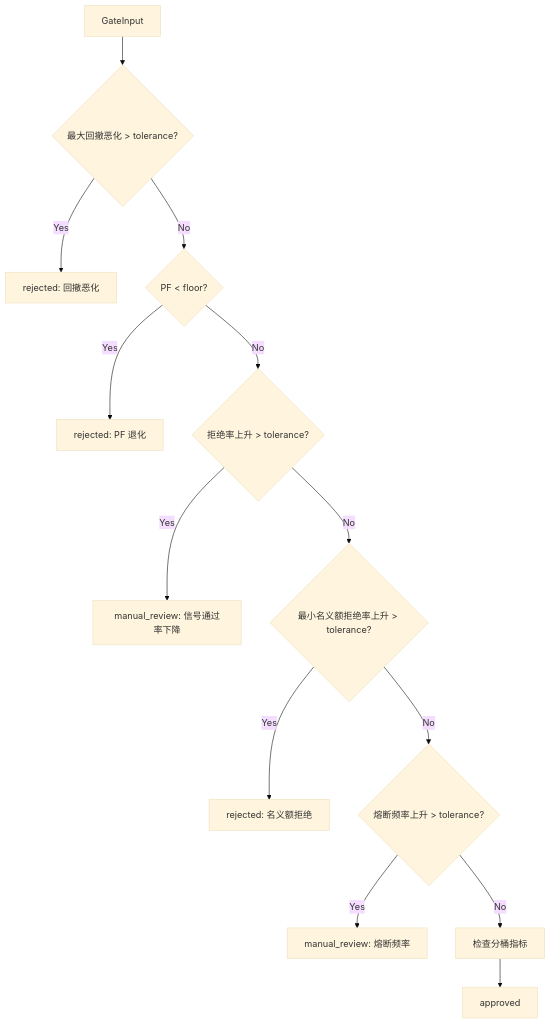
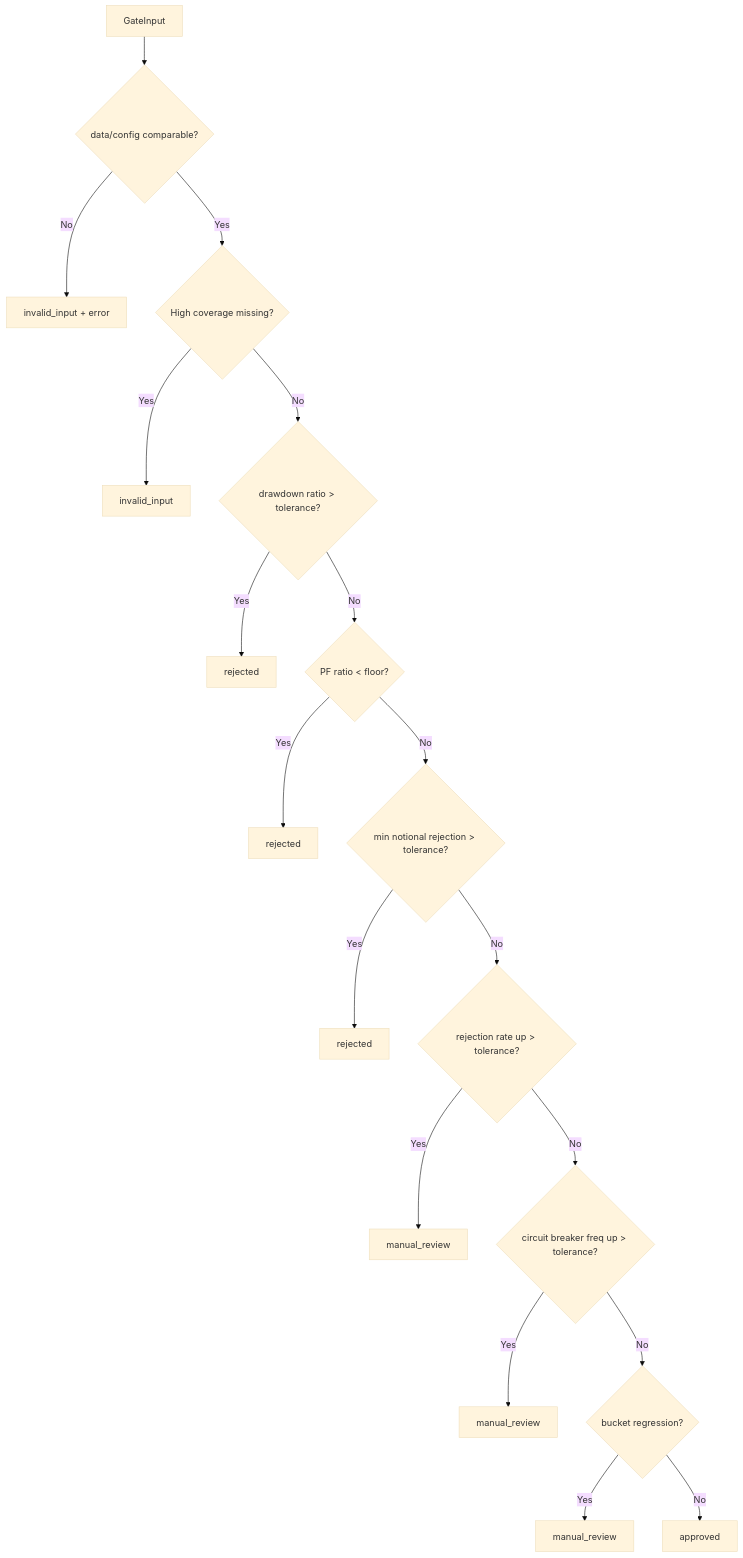
One commit to xdengpao/nofx changed the third of 3 diagrams in .kiro/specs/programmatic-chanlun-profit-optimization/design.md. Above: the diagram before and after it, drawn with Mermaid (base theme). The commit also changed other lines of this file and 34 other files, not shown here.

````diff
--- a/.kiro/specs/programmatic-chanlun-profit-optimization/design.md
+++ b/.kiro/specs/programmatic-chanlun-profit-optimization/design.md
@@ -460,15 +761,20 @@
 ```mermaid
 flowchart TD
-    Start[GateInput] --> DD{最大回撤恶化 > tolerance?}
-    DD -->|Yes| Reject[rejected: 回撤恶化]
-    DD -->|No| PF{PF < floor?}
-    PF -->|Yes| Reject2[rejected: PF 退化]
-    PF -->|No| RR{拒绝率上升 > tolerance?}
-    RR -->|Yes| Manual[manual_review: 信号通过率下降]
-    RR -->|No| MN{最小名义额拒绝率上升 > tolerance?}
-    MN -->|Yes| Reject3[rejected: 名义额拒绝]
-    MN -->|No| CB{熔断频率上升 > tolerance?}
-    CB -->|Yes| Manual2[manual_review: 熔断频率]
-    CB -->|No| Bucket[检查分桶指标]
-    Bucket --> Pass[approved]
+    Start[GateInput] --> Comparable{data/config comparable?}
+    Comparable -->|No| Invalid[invalid_input + error]
+    Comparable -->|Yes| Coverage{High coverage missing?}
+    Coverage -->|Yes| Invalid2[invalid_input]
+    Coverage -->|No| DD{drawdown ratio > tolerance?}
+    DD -->|Yes| Reject[rejected]
+    DD -->|No| PF{PF ratio < floor?}
+    PF -->|Yes| Reject2[rejected]
+    PF -->|No| MN{min notional rejection > tolerance?}
+    MN -->|Yes| Reject3[rejected]
+    MN -->|No| RR{rejection rate up > tolerance?}
+    RR -->|Yes| Manual[manual_review]
+    RR -->|No| CB{circuit breaker freq up > tolerance?}
+    CB -->|Yes| Manual2[manual_review]
+    CB -->|No| Buckets{bucket regression?}
+    Buckets -->|Yes| Manual3[manual_review]
+    Buckets -->|No| Pass[approved]
 ```
````
